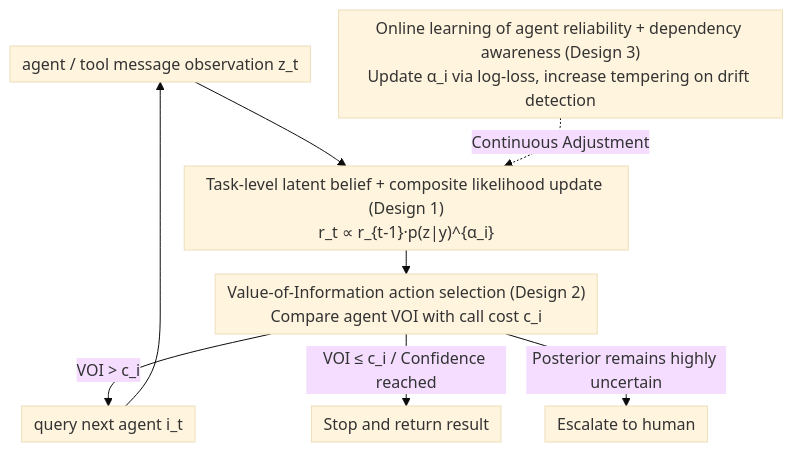
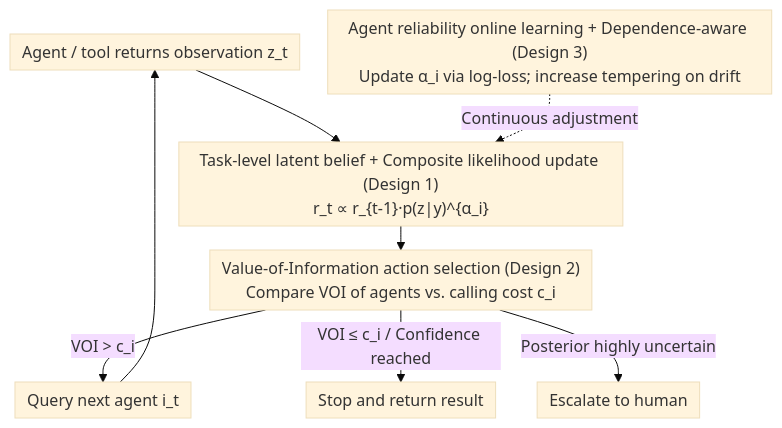
One commit to zhaoyang97/Paper-Notes-en changed the diagram in docs/ICML2026/llm_agent/position_agentic_ai_orchestration_should_be_bayes-consistent.md. Above: the diagram before and after it, drawn with Mermaid (base theme). The commit also changed other lines of this file and 5084 other files, not shown here.

````diff
--- a/docs/ICML2026/llm_agent/position_agentic_ai_orchestration_should_be_bayes-consistent.md
+++ b/docs/ICML2026/llm_agent/position_agentic_ai_orchestration_should_be_bayes-consistent.md
@@ -42,11 +42,11 @@
 ```mermaid
 %%{init: {'flowchart': {'rankSpacing': 24, 'nodeSpacing': 28, 'padding': 6, 'wrappingWidth': 420}}}%%
 flowchart TD
-    Z["agent / tool message observation z_t"] --> U["Task-level latent belief + composite likelihood update (Design 1)<br/>r_t ∝ r_{t-1}·p(z|y)^{α_i}"]
-    U --> V["Value-of-Information action selection (Design 2)<br/>Compare agent VOI with call cost c_i"]
-    V -->|VOI > c_i| Qy["query next agent i_t"]
+    Z["Agent / tool returns observation z_t"] --> U["Task-level latent belief + Composite likelihood update (Design 1)<br/>r_t ∝ r_{t-1}·p(z|y)^{α_i}"]
+    U --> V["Value-of-Information action selection (Design 2)<br/>Compare VOI of agents vs. calling cost c_i"]
+    V -->|VOI > c_i| Qy["Query next agent i_t"]
     Qy --> Z
     V -->|VOI ≤ c_i / Confidence reached| S["Stop and return result"]
-    V -->|Posterior remains highly uncertain| E["Escalate to human"]
-    R["Online learning of agent reliability + dependency awareness (Design 3)<br/>Update α_i via log-loss, increase tempering on drift detection"] -.Continuous Adjustment.-> U
+    V -->|Posterior highly uncertain| E["Escalate to human"]
+    R["Agent reliability online learning + Dependence-aware (Design 3)<br/>Update α_i via log-loss; increase tempering on drift"] -.Continuous adjustment.-> U
 ```
````
